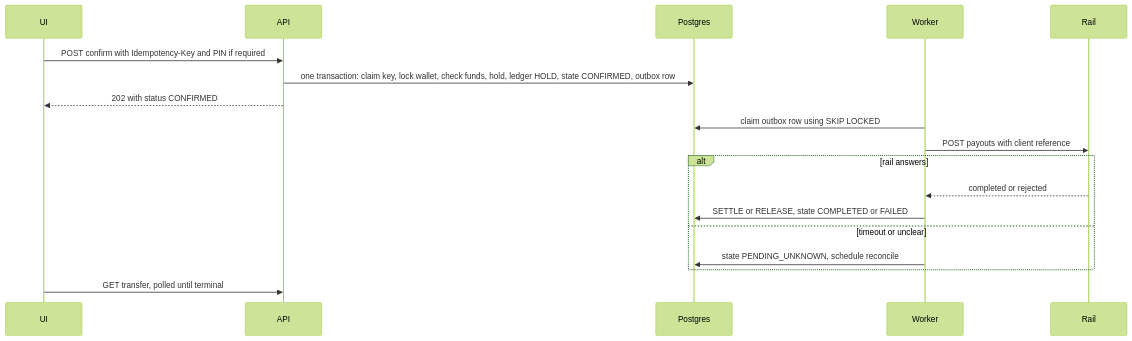
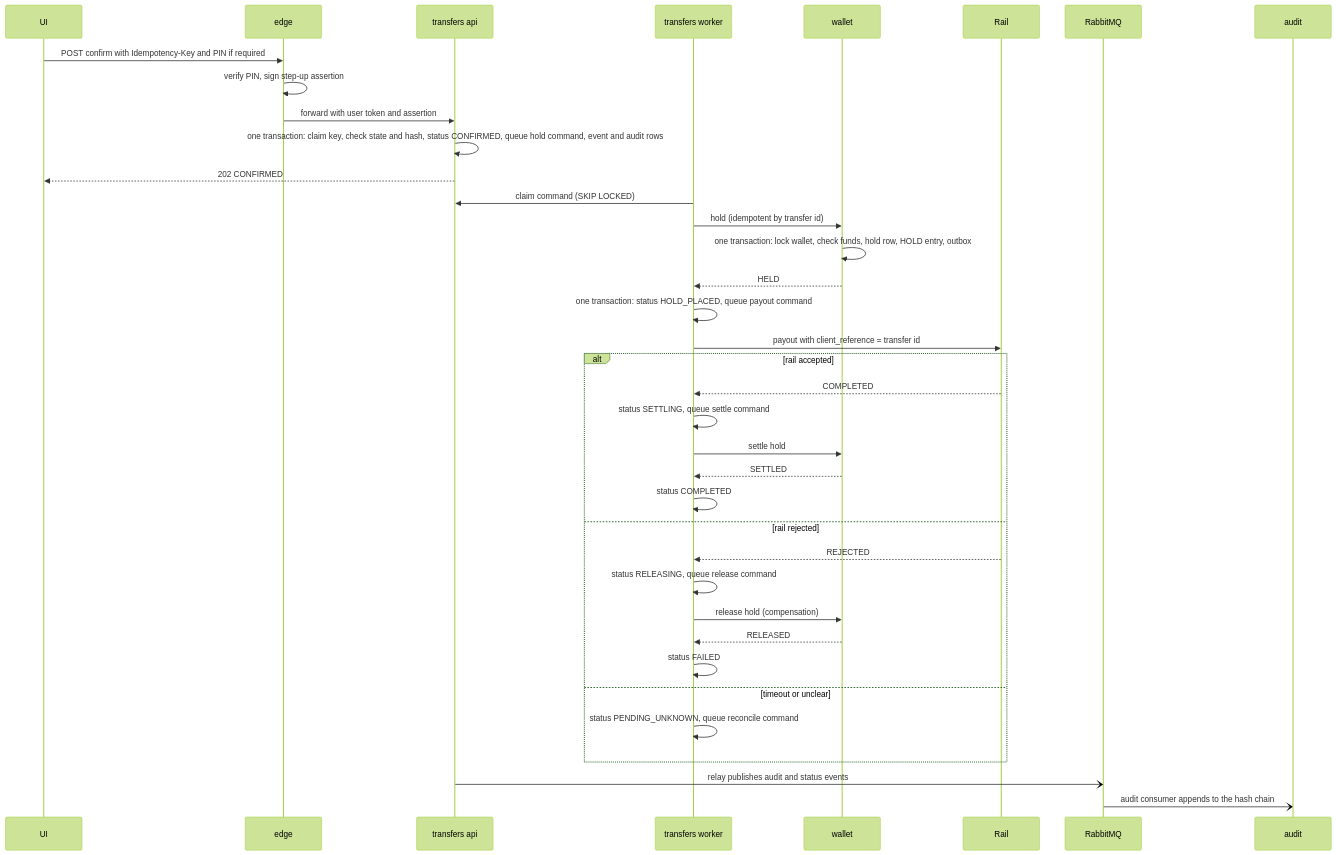
One commit to Bhavish77/sashayak changed the fourth of 4 diagrams in specs/ARCHITECTURE.md. Above: the diagram before and after it, drawn with Mermaid (forest theme). The commit also changed other lines of this file and 34 other files, not shown here.

````diff
--- a/specs/ARCHITECTURE.md
+++ b/specs/ARCHITECTURE.md
@@ -150,20 +222,39 @@
 ```mermaid
 sequenceDiagram
   participant U as UI
-  participant A as API
-  participant DB as Postgres
-  participant W as Worker
+  participant E as edge
+  participant TA as transfers api
+  participant TW as transfers worker
+  participant W as wallet
   participant R as Rail
-  U->>A: POST confirm with Idempotency-Key and PIN if required
-  A->>DB: one transaction: claim key, lock wallet, check funds, hold, ledger HOLD, state CONFIRMED, outbox row
-  A-->>U: 202 with status CONFIRMED
-  W->>DB: claim outbox row using SKIP LOCKED
-  W->>R: POST payouts with client reference
-  alt rail answers
-    R-->>W: completed or rejected
-    W->>DB: SETTLE or RELEASE, state COMPLETED or FAILED
+  participant MQ as RabbitMQ
+  participant AU as audit
+  U->>E: POST confirm with Idempotency-Key and PIN if required
+  E->>E: verify PIN, sign step-up assertion
+  E->>TA: forward with user token and assertion
+  TA->>TA: one transaction: claim key, check state and hash, status CONFIRMED, queue hold command, event and audit rows
+  TA-->>U: 202 CONFIRMED
+  TW->>TA: claim command (SKIP LOCKED)
+  TW->>W: hold (idempotent by transfer id)
+  W->>W: one transaction: lock wallet, check funds, hold row, HOLD entry, outbox
+  W-->>TW: HELD
+  TW->>TW: one transaction: status HOLD_PLACED, queue payout command
+  TW->>R: payout with client_reference = transfer id
+  alt rail accepted
+    R-->>TW: COMPLETED
+    TW->>TW: status SETTLING, queue settle command
+    TW->>W: settle hold
+    W-->>TW: SETTLED
+    TW->>TW: status COMPLETED
+  else rail rejected
+    R-->>TW: REJECTED
+    TW->>TW: status RELEASING, queue release command
+    TW->>W: release hold (compensation)
+    W-->>TW: RELEASED
+    TW->>TW: status FAILED
   else timeout or unclear
-    W->>DB: state PENDING_UNKNOWN, schedule reconcile
+    TW->>TW: status PENDING_UNKNOWN, queue reconcile command
   end
-  U->>A: GET transfer, polled until terminal
+  TA-)MQ: relay publishes audit and status events
+  MQ-)AU: audit consumer appends to the hash chain
 ```
````
